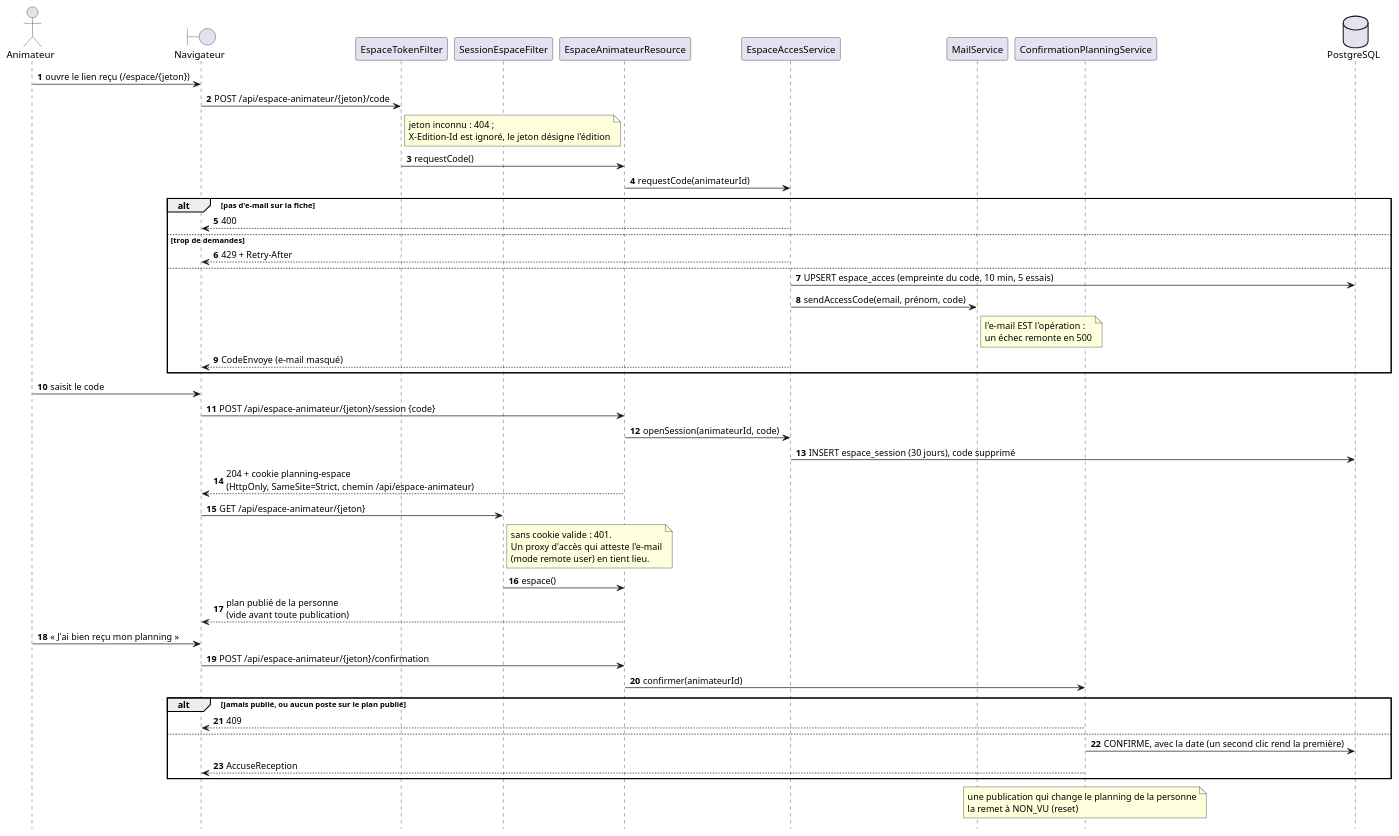
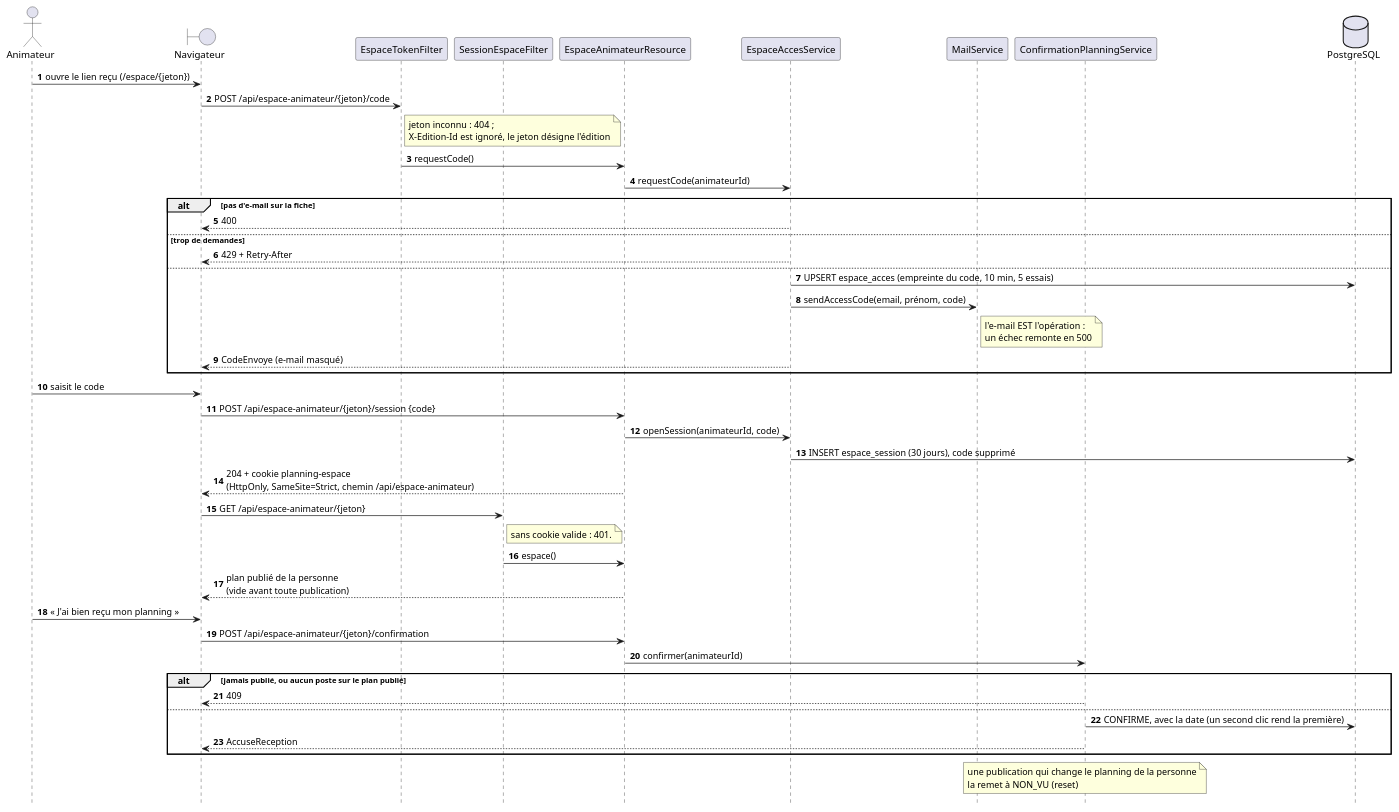
Before and after one commit to sylvainmetayer/planning-equipes: the diagram in docs/diagrammes/espace-animateur.puml, drawn with PlantUML. The commit also changed 33 other files, not shown here.

Commit message:
refactor(auth)!: retrait du mode en-tête de proxy

```diff
--- a/docs/diagrammes/espace-animateur.puml
+++ b/docs/diagrammes/espace-animateur.puml
@@ -1,58 +1,58 @@
 @startuml
 ' Entrer dans son espace : le lien personnel désigne la fiche, le code à six
 ' chiffres reçu par e-mail ouvre une session de 30 jours. L'espace ne montre
 ' que le plan publié. Voir site/src/docs/comprendre/api-espace-animateur.md et
 ' « Accusé de réception du planning ».
 skinparam backgroundColor #FFFFFF
 skinparam responseMessageBelowArrow true
 hide footbox
 autonumber
 
 actor "Animateur" as animateur
 boundary "Navigateur" as front
 participant EspaceTokenFilter as jeton
 participant SessionEspaceFilter as session
 participant EspaceAnimateurResource as espace
 participant EspaceAccesService as acces
 participant MailService as mails
 participant ConfirmationPlanningService as confirmations
 database PostgreSQL as db
 
 animateur -> front : ouvre le lien reçu (/espace/{jeton})
 front -> jeton : POST /api/espace-animateur/{jeton}/code
 note right of jeton : jeton inconnu : 404 ;\nX-Edition-Id est ignoré, le jeton désigne l'édition
 jeton -> espace : requestCode()
 espace -> acces : requestCode(animateurId)
 alt pas d'e-mail sur la fiche
   acces --> front : 400
 else trop de demandes
   acces --> front : 429 + Retry-After
 else
   acces -> db : UPSERT espace_acces (empreinte du code, 10 min, 5 essais)
   acces -> mails : sendAccessCode(email, prénom, code)
   note right of mails : l'e-mail EST l'opération :\nun échec remonte en 500
   acces --> front : CodeEnvoye (e-mail masqué)
 end
 
 animateur -> front : saisit le code
 front -> espace : POST /api/espace-animateur/{jeton}/session {code}
 espace -> acces : openSession(animateurId, code)
 acces -> db : INSERT espace_session (30 jours), code supprimé
 espace --> front : 204 + cookie planning-espace\n(HttpOnly, SameSite=Strict, chemin /api/espace-animateur)
 
 front -> session : GET /api/espace-animateur/{jeton}
-note right of session : sans cookie valide : 401.\nUn proxy d'accès qui atteste l'e-mail\n(mode remote user) en tient lieu.
+note right of session : sans cookie valide : 401.
 session -> espace : espace()
 espace --> front : plan publié de la personne\n(vide avant toute publication)
 
 animateur -> front : « J'ai bien reçu mon planning »
 front -> espace : POST /api/espace-animateur/{jeton}/confirmation
 espace -> confirmations : confirmer(animateurId)
 alt jamais publié, ou aucun poste sur le plan publié
   confirmations --> front : 409
 else
   confirmations -> db : CONFIRME, avec la date (un second clic rend la première)
   confirmations --> front : AccuseReception
 end
 note over confirmations : une publication qui change le planning de la personne\nla remet à NON_VU (reset)
 @enduml
```
